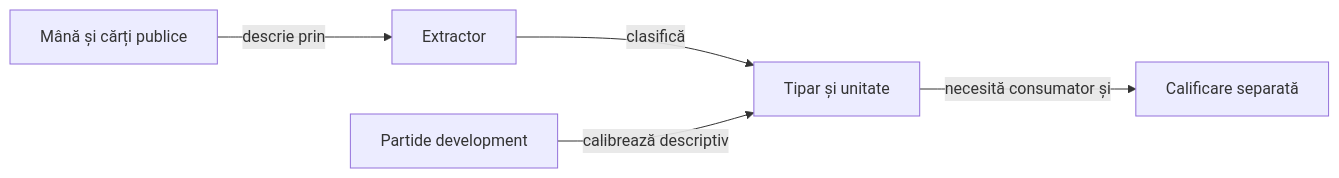
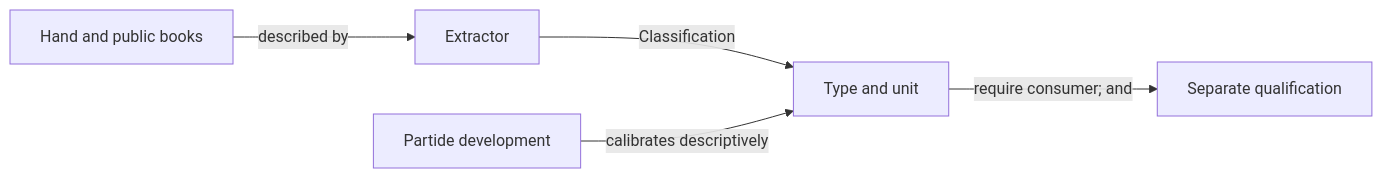
Before and after one commit to crististefanita/atf_j4: the diagram in docs/ai/ATF_HandPatternsRo.md, drawn with Mermaid. The commit also changed other lines of this file and 122 other files, not shown here.

````diff
--- a/docs/ai/ATF_HandPatternsRo.md
+++ b/docs/ai/ATF_HandPatternsRo.md
@@ -9,7 +9,7 @@
 ```mermaid
 flowchart LR
-    OBS[Mână și cărți publice] -->|descrie prin| EXTRACT[Extractor]
-    EXTRACT -->|clasifică| PATTERN[Tipar și unitate]
-    GAMES[Partide development] -->|calibrează descriptiv| PATTERN
-    PATTERN -->|necesită consumator și| GATE[Calificare separată]
+    OBS[Hand and public books] -->|described by| EXTRACT[Extractor]
+    EXTRACT -->|Classification| PATTERN[Type and unit]
+    GAMES[Partide development] -->|calibrates descriptively| PATTERN
+    PATTERN -->|require consumer; and| GATE[Separate qualification]
 ```
````
